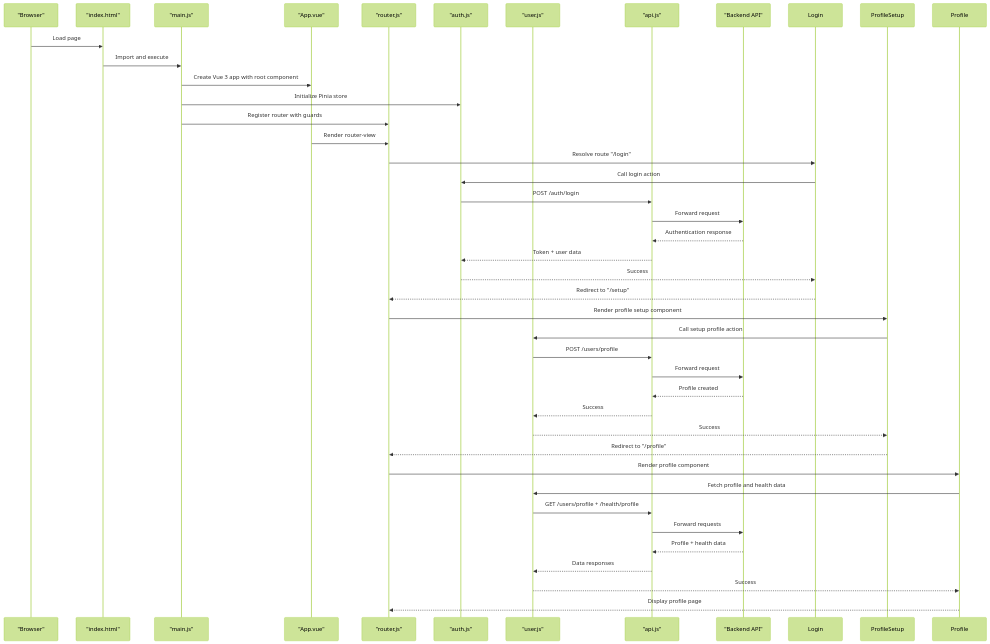
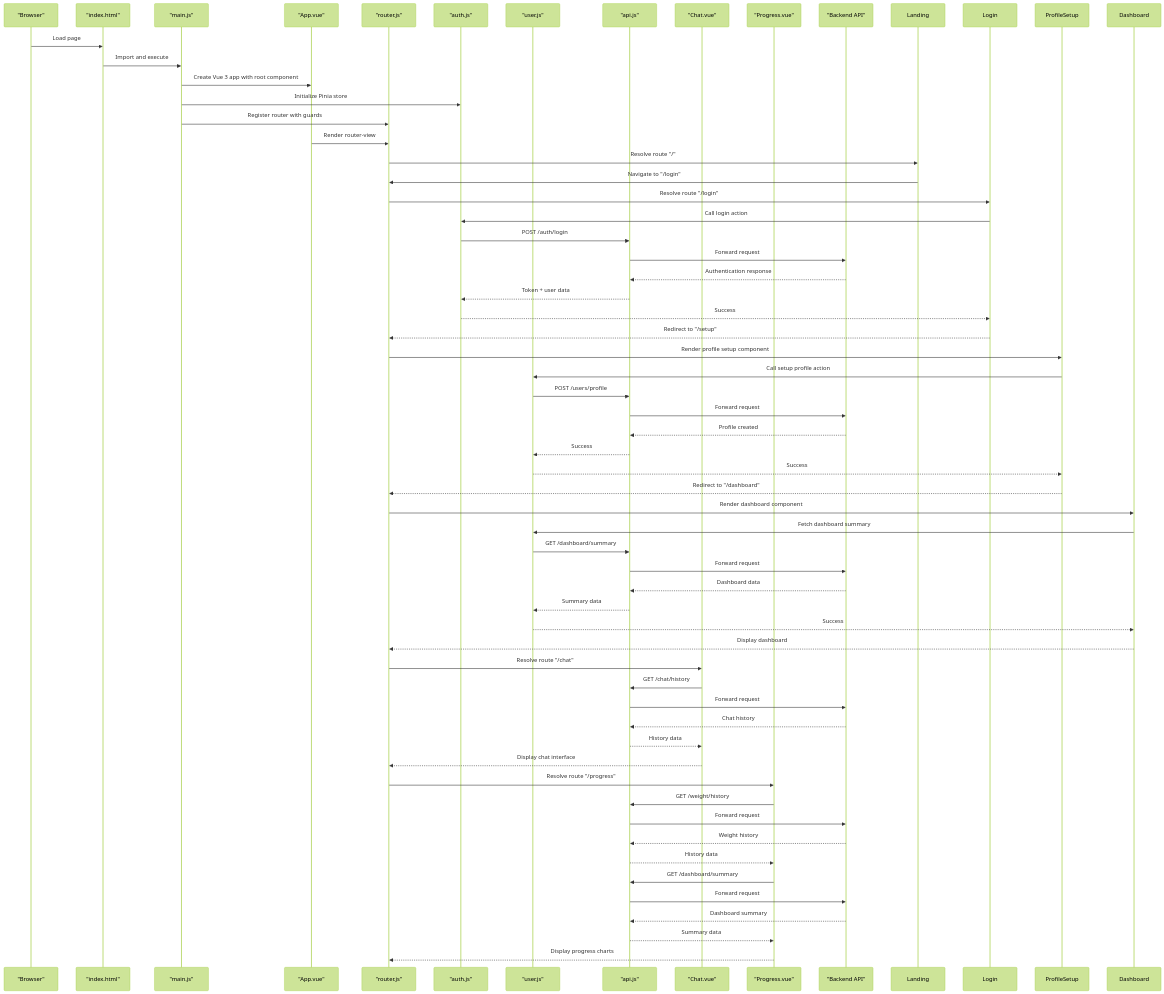
Before and after one commit to hsarjun04-netizen/NUTRICooACH: the second of 3 diagrams in .qoder/repowiki/en/content/Frontend Application/Vue.js Application Architecture.md, drawn with Mermaid (forest theme). The commit also changed other lines of this file and 8 other files, not shown here.

Commit message:
Redesign Dashboard: dark sidebar, hero banner, activity chart, calendar, donut chart, water tracker

````diff
--- a/.qoder/repowiki/en/content/Frontend Application/Vue.js Application Architecture.md
+++ b/.qoder/repowiki/en/content/Frontend Application/Vue.js Application Architecture.md
@@ -169,42 +171,62 @@
 ```mermaid
 sequenceDiagram
 participant Browser as "Browser"
 participant HTML as "index.html"
 participant Main as "main.js"
 participant App as "App.vue"
 participant Router as "router.js"
 participant AuthStore as "auth.js"
 participant UserStore as "user.js"
 participant API as "api.js"
+participant Chat as "Chat.vue"
+participant Progress as "Progress.vue"
 participant Backend as "Backend API"
 Browser->>HTML : Load page
 HTML->>Main : Import and execute
 Main->>App : Create Vue 3 app with root component
 Main->>AuthStore : Initialize Pinia store
 Main->>Router : Register router with guards
 App->>Router : Render router-view
+Router->>Landing : Resolve route "/"
+Landing->>Router : Navigate to "/login"
 Router->>Login : Resolve route "/login"
 Login->>AuthStore : Call login action
 AuthStore->>API : POST /auth/login
 API->>Backend : Forward request
 Backend-->>API : Authentication response
 API-->>AuthStore : Token + user data
 AuthStore-->>Login : Success
 Login-->>Router : Redirect to "/setup"
 Router->>ProfileSetup : Render profile setup component
 ProfileSetup->>UserStore : Call setup profile action
 UserStore->>API : POST /users/profile
 API->>Backend : Forward request
 Backend-->>API : Profile created
 API-->>UserStore : Success
 UserStore-->>ProfileSetup : Success
-ProfileSetup-->>Router : Redirect to "/profile"
-Router->>Profile : Render profile component
-Profile->>UserStore : Fetch profile and health data
-UserStore->>API : GET /users/profile + /health/profile
-API->>Backend : Forward requests
-Backend-->>API : Profile + health data
-API-->>UserStore : Data responses
-UserStore-->>Profile : Success
-Profile-->>Router : Display profile page
+ProfileSetup-->>Router : Redirect to "/dashboard"
+Router->>Dashboard : Render dashboard component
+Dashboard->>UserStore : Fetch dashboard summary
+UserStore->>API : GET /dashboard/summary
+API->>Backend : Forward request
+Backend-->>API : Dashboard data
+API-->>UserStore : Summary data
+UserStore-->>Dashboard : Success
+Dashboard-->>Router : Display dashboard
+Router->>Chat : Resolve route "/chat"
+Chat->>API : GET /chat/history
+API->>Backend : Forward request
+Backend-->>API : Chat history
+API-->>Chat : History data
+Chat-->>Router : Display chat interface
+Router->>Progress : Resolve route "/progress"
+Progress->>API : GET /weight/history
+API->>Backend : Forward request
+Backend-->>API : Weight history
+API-->>Progress : History data
+Progress->>API : GET /dashboard/summary
+API->>Backend : Forward request
+Backend-->>API : Dashboard summary
+API-->>Progress : Summary data
+Progress-->>Router : Display progress charts
 ```
````
